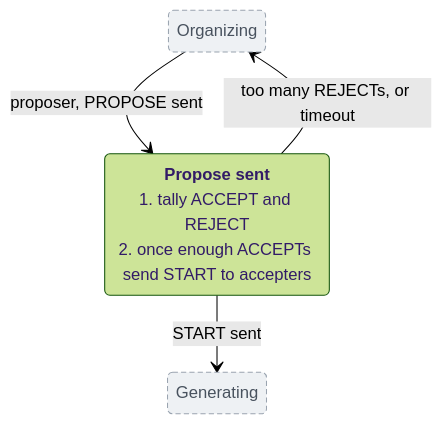
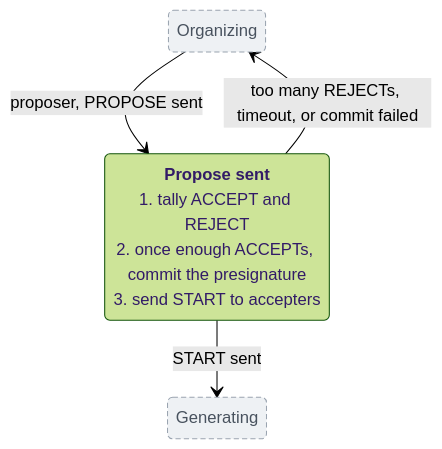
The third of 6 diagrams in doc/posit_state_machine.md (sig-net/mpc), drawn with Mermaid (forest theme) before and after one commit. The commit also changed other lines of this file and 6 other files, not shown here.

````diff
--- a/doc/posit_state_machine.md
+++ b/doc/posit_state_machine.md
@@ -112,15 +112,16 @@
 ```mermaid
 stateDiagram-v2
     state "Organizing" as OrgIn
     state "<b>Propose sent</b>
     1. tally ACCEPT and REJECT
-    2. once enough ACCEPTs send START to accepters" as ProposeSent
+    2. once enough ACCEPTs, commit the presignature
+    3. send START to accepters" as ProposeSent
     state "Generating" as GenOut
 
     OrgIn --> ProposeSent: proposer, PROPOSE sent
     ProposeSent --> GenOut: START sent
-    ProposeSent --> OrgIn: too many REJECTs, or timeout
+    ProposeSent --> OrgIn: too many REJECTs, timeout, or commit failed
 
     classDef outside fill:#eef1f4,stroke:#9aa4b0,color:#48525e,stroke-dasharray:5 3
     class OrgIn,GenOut outside
 ```
````
